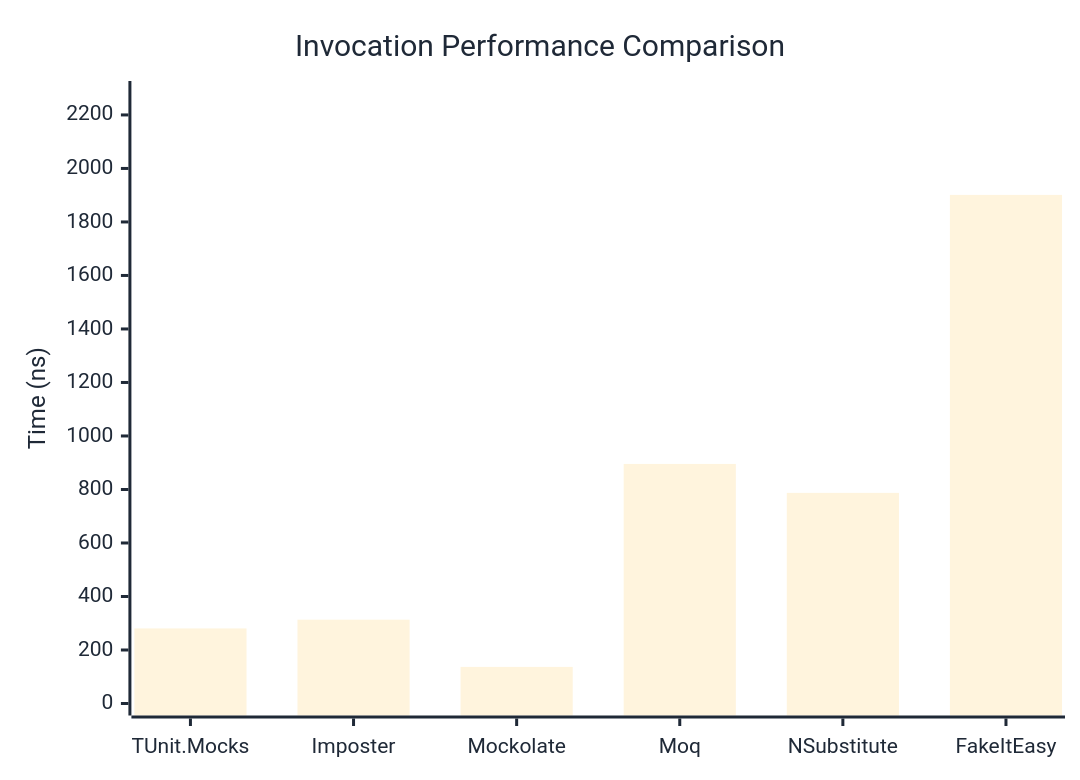
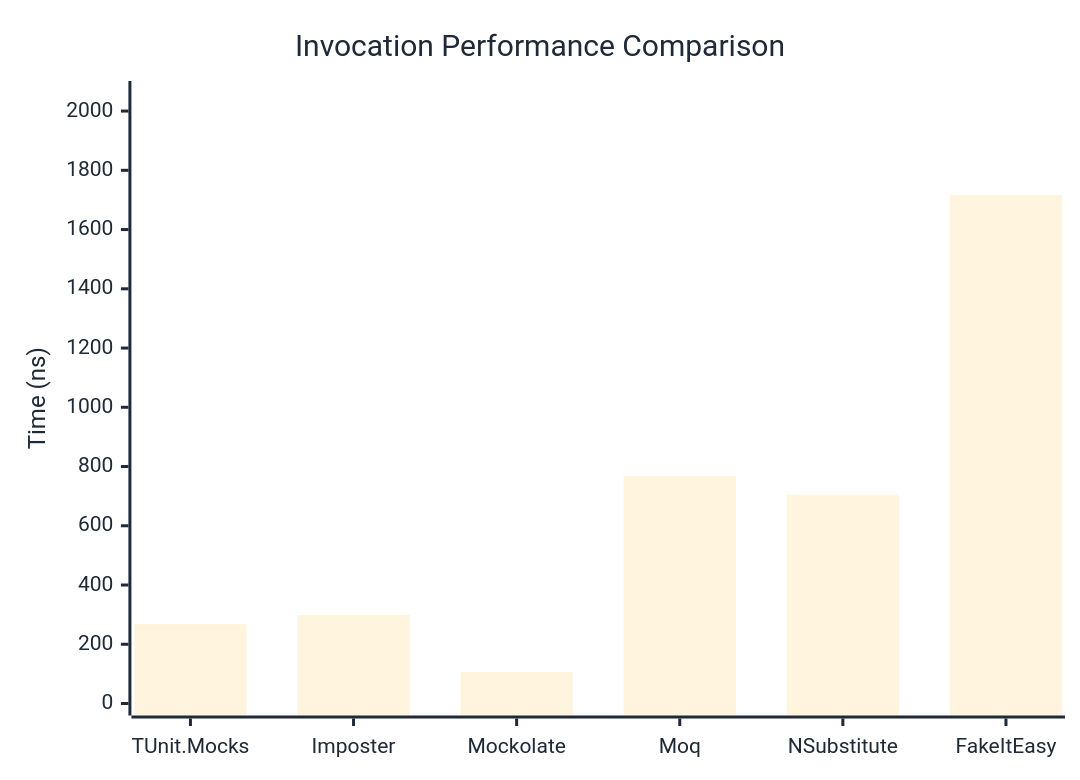
Before and after one commit to thomhurst/TUnit: the first of 3 diagrams in docs/docs/benchmarks/mocks/Invocation.md, drawn with Mermaid. The commit also changed other lines of this file and 14 other files, not shown here.

````diff
--- a/docs/docs/benchmarks/mocks/Invocation.md
+++ b/docs/docs/benchmarks/mocks/Invocation.md
@@ -30,27 +30,27 @@
 ```mermaid
 %%{init: {
   'theme':'base',
   'themeVariables': {
     'primaryColor': '#2563eb',
     'primaryTextColor': '#1f2937',
     'primaryBorderColor': '#1e40af',
     'lineColor': '#6b7280',
     'secondaryColor': '#7c3aed',
     'tertiaryColor': '#dc2626',
     'background': '#ffffff',
     'pie1': '#2563eb',
     'pie2': '#7c3aed',
     'pie3': '#dc2626',
     'pie4': '#f59e0b',
     'pie5': '#10b981',
     'pie6': '#06b6d4',
     'pie7': '#ec4899',
     'pie8': '#6366f1'
   }
 }}%%
 xychart-beta
   title "Invocation Performance Comparison"
   x-axis ["TUnit.Mocks", "Imposter", "Mockolate", "Moq", "NSubstitute", "FakeItEasy"]
-  y-axis "Time (ns)" 0 --> 2282
-  bar [280.6, 313.3, 136.8, 895.5, 787.3, 1901.1]
+  y-axis "Time (ns)" 0 --> 2061
+  bar [267.75, 299.18, 106.21, 767.87, 704.85, 1716.72]
 ```
````
